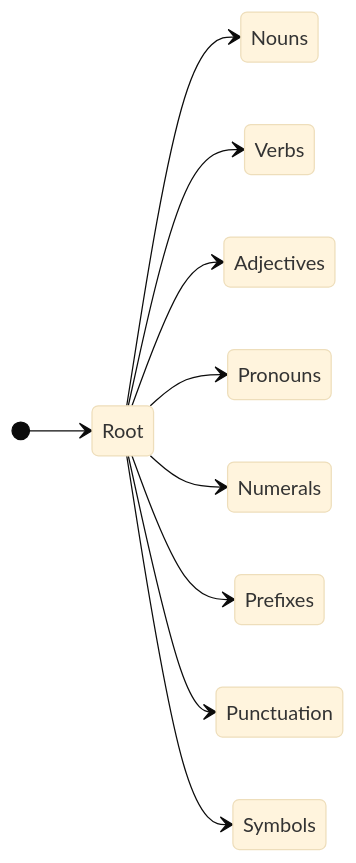
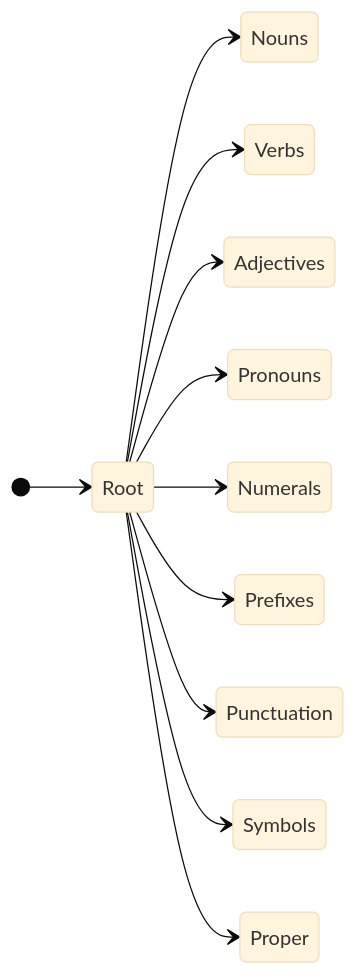
The diagram in src-fst-morphology-root.lexc.md (giellalt/lang-zxx), drawn with Mermaid (base theme) before and after one commit. The commit also changed 4 other files, not shown here.

````diff
--- a/src-fst-morphology-root.lexc.md
+++ b/src-fst-morphology-root.lexc.md
@@ -96,13 +96,14 @@
 ```mermaid
 stateDiagram-v2
 direction LR
 [*] --> Root
 Root --> Nouns
 Root --> Verbs
 Root --> Adjectives
 Root --> Pronouns
 Root --> Numerals
 Root --> Prefixes
 Root --> Punctuation
 Root --> Symbols
+Root --> Proper
 ```
````
